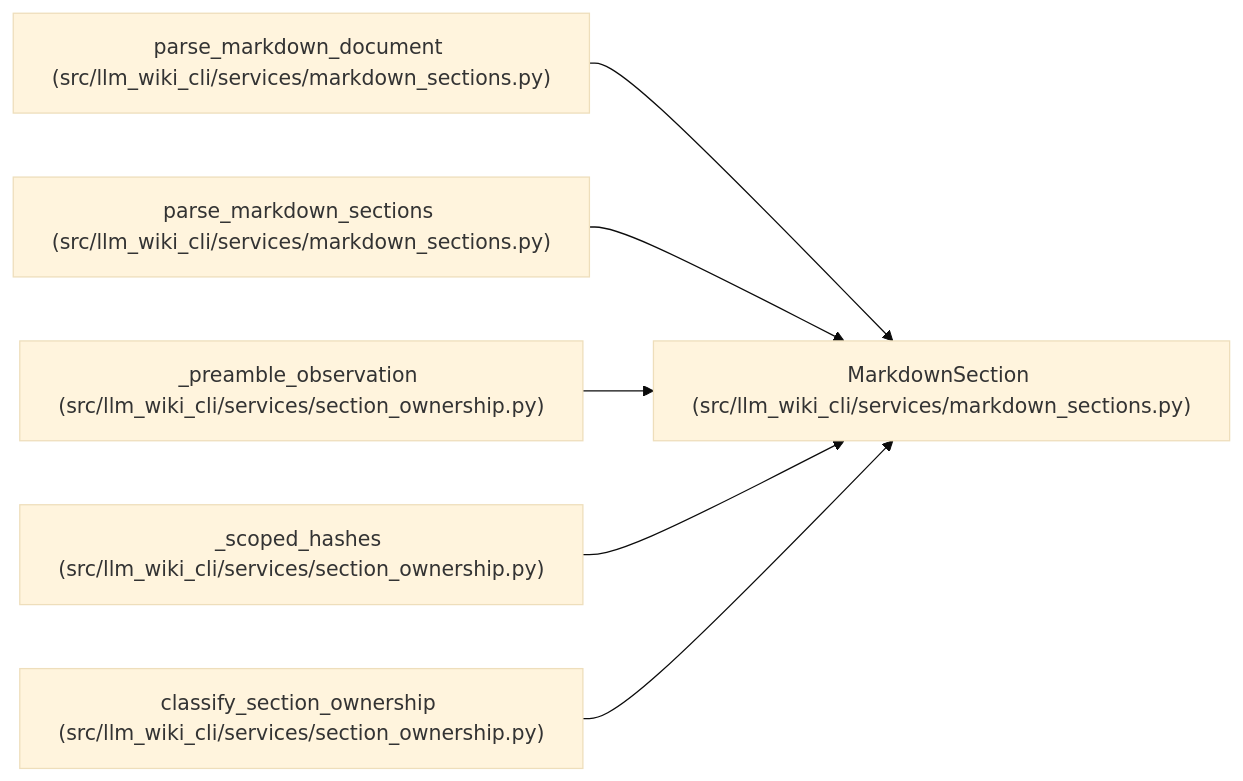
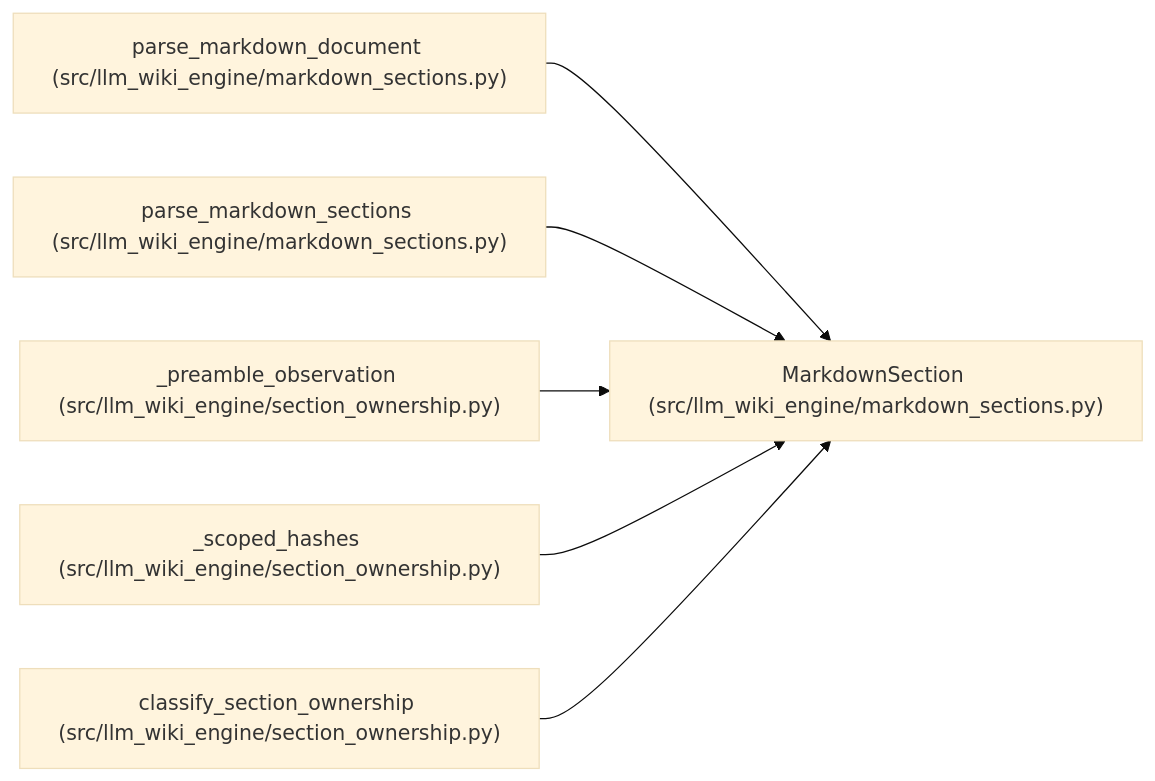
One commit to Denissvgn/python-wiki-llm changed the diagram in docs/llm_wiki/entities/MarkdownSection.md. Above: the diagram before and after it, drawn with Mermaid (base theme). The commit also changed other lines of this file and 1103 other files, not shown here.

First line of the commit message:
docs: refresh the wiki for the llm-wiki-engine distribution

````diff
--- a/docs/llm_wiki/entities/MarkdownSection.md
+++ b/docs/llm_wiki/entities/MarkdownSection.md
@@ -56,20 +56,20 @@
 ```mermaid
 flowchart LR
-    n0["MarkdownSection (src/llm_wiki_cli/services/markdown_sections.py)"]
-    n1["parse_markdown_document (src/llm_wiki_cli/services/markdown_sections.py)"]
-    n2["parse_markdown_sections (src/llm_wiki_cli/services/markdown_sections.py)"]
-    n3["_preamble_observation (src/llm_wiki_cli/services/section_ownership.py)"]
-    n4["_scoped_hashes (src/llm_wiki_cli/services/section_ownership.py)"]
-    n5["classify_section_ownership (src/llm_wiki_cli/services/section_ownership.py)"]
+    n0["MarkdownSection (src/llm_wiki_engine/markdown_sections.py)"]
+    n1["parse_markdown_document (src/llm_wiki_engine/markdown_sections.py)"]
+    n2["parse_markdown_sections (src/llm_wiki_engine/markdown_sections.py)"]
+    n3["_preamble_observation (src/llm_wiki_engine/section_ownership.py)"]
+    n4["_scoped_hashes (src/llm_wiki_engine/section_ownership.py)"]
+    n5["classify_section_ownership (src/llm_wiki_engine/section_ownership.py)"]
     n1 --> n0
     n2 --> n0
     n3 --> n0
     n4 --> n0
     n5 --> n0
     click n0 "../modules/markdown_sections.md"
     click n1 "../modules/markdown_sections.md"
     click n2 "../modules/markdown_sections.md"
     click n3 "../modules/section_ownership.md"
     click n4 "../modules/section_ownership.md"
     click n5 "../modules/section_ownership.md"
 ```
````
